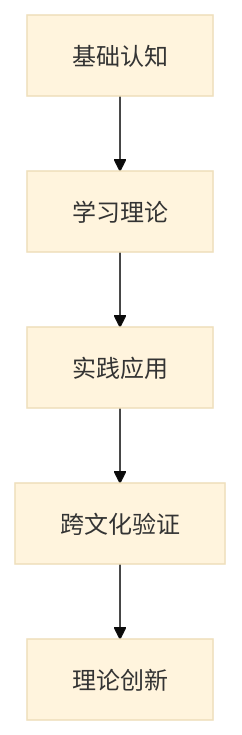
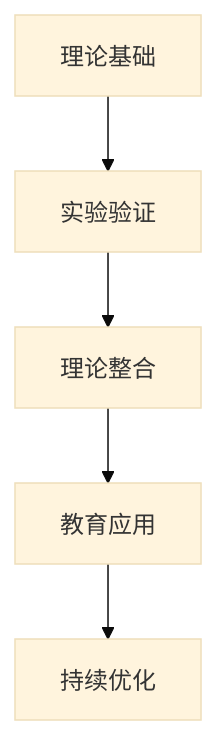
The third of 4 diagrams in 01-哲学科学基础/01-认知科学与学习理论.md (AdaMartin18010/SeniorEnducation), drawn with Mermaid (base theme) before and after one commit. The commit also changed other lines of this file and 3 other files, not shown here.

````diff
--- a/01-哲学科学基础/01-认知科学与学习理论.md
+++ b/01-哲学科学基础/01-认知科学与学习理论.md
@@ -253,7 +253,7 @@
 ```mermaid
 graph TD
-    A[基础认知] --> B[学习理论]
-    B --> C[实践应用]
-    C --> D[跨文化验证]
-    D --> E[理论创新]
+    A[理论基础] --> B[实验验证]
+    B --> C[理论整合]
+    C --> D[教育应用]
+    D --> E[持续优化]
 ```
````
